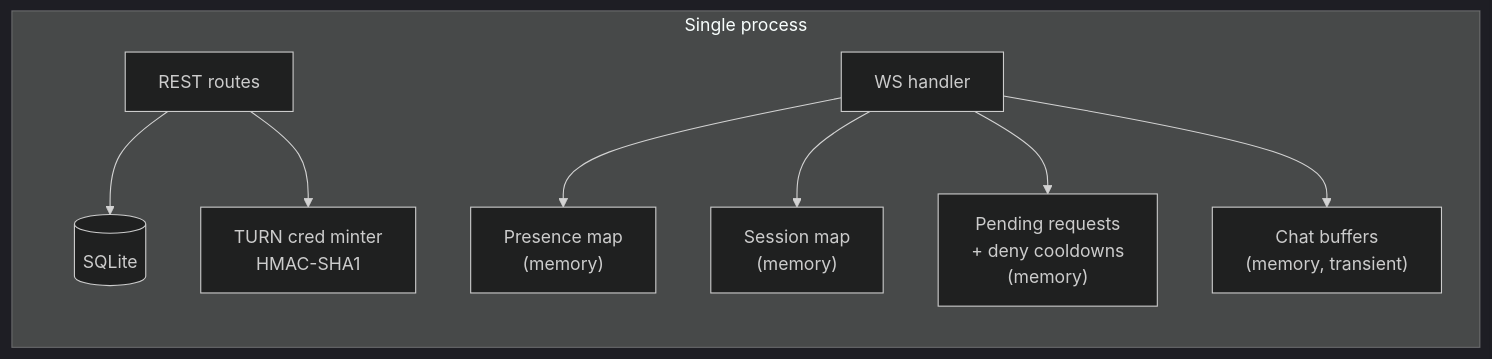
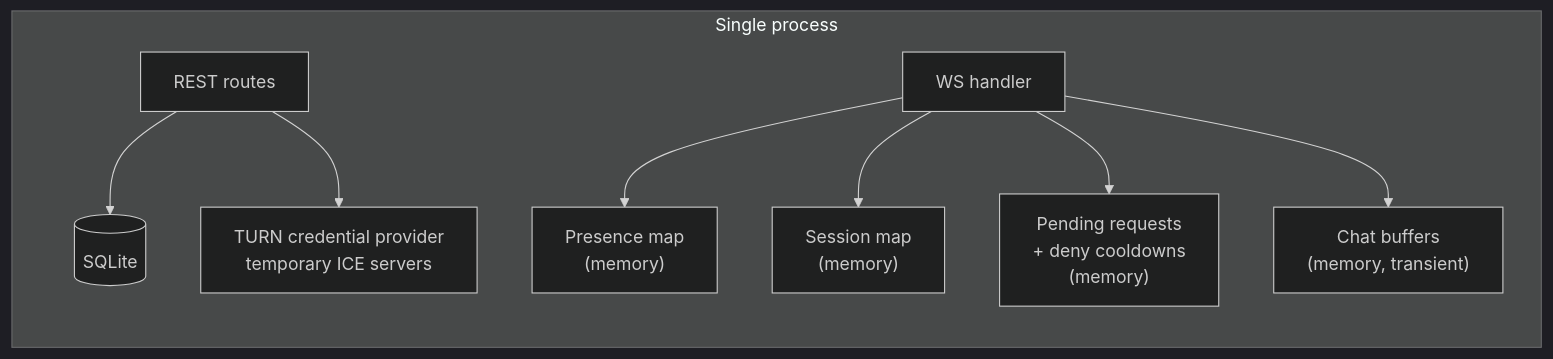
The third of 6 diagrams in docs/ARCHITECTURE.md (0xyusufz/live-presence), drawn with Mermaid (dark theme) before and after one commit. The commit also changed other lines of this file and 25 other files, not shown here.

````diff
--- a/docs/ARCHITECTURE.md
+++ b/docs/ARCHITECTURE.md
@@ -196,11 +196,11 @@
 ```mermaid
 graph LR
     subgraph P["Single process"]
       R["REST routes"] --> DBX[("SQLite")]
       WSH["WS handler"] --> PR["Presence map<br/>(memory)"]
       WSH --> SR["Session map<br/>(memory)"]
       WSH --> RQ["Pending requests<br/>+ deny cooldowns<br/>(memory)"]
       WSH --> CB["Chat buffers<br/>(memory, transient)"]
-      R --> TC["TURN cred minter<br/>HMAC-SHA1"]
+      R --> TC["TURN credential provider<br/>temporary ICE servers"]
     end
 ```
````
